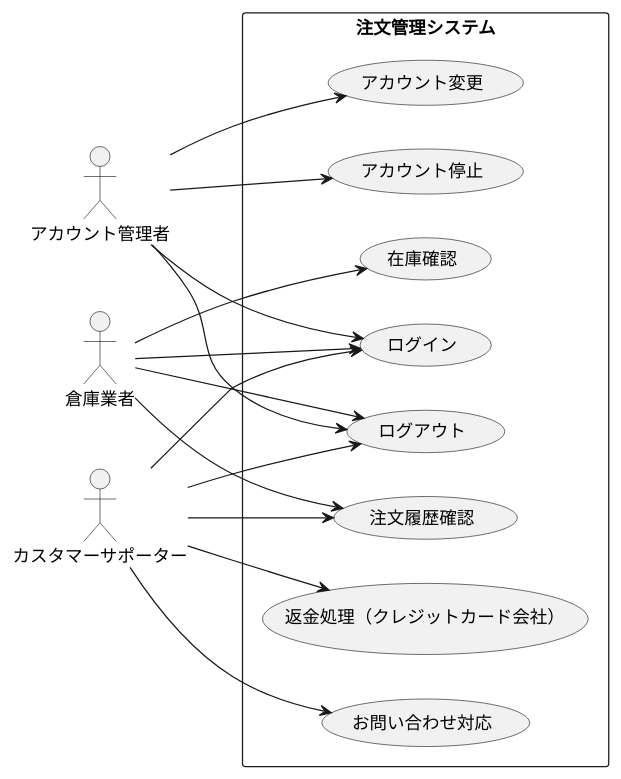
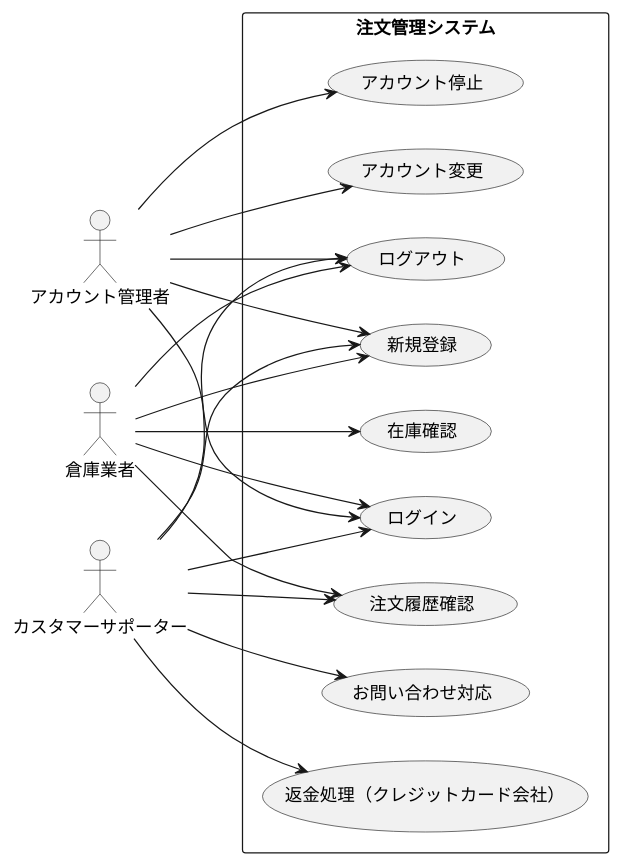
The diagram in group/3-3_総合演習1_BBショップ注文管理システム/ユースケース図/usecase_kanri.pu (ko246/ohara_uml), drawn with PlantUML before and after one commit. The commit also changed 2 other files, not shown here.

Commit message:
ドメインモデル図修正、ユースケース図修正

```diff
--- a/group/3-3_総合演習1_BBショップ注文管理システム/ユースケース図/usecase_kanri.pu
+++ b/group/3-3_総合演習1_BBショップ注文管理システム/ユースケース図/usecase_kanri.pu
@@ -1,39 +1,43 @@
 @startuml 注文管理システム
 left to right direction
 
 ' アクター定義
 actor アカウント管理者
 actor 倉庫業者
 actor カスタマーサポーター
 
 rectangle 注文管理システム {
   usecase "ログイン" as UC_Login
   usecase "ログアウト" as UC_Logout
+  usecase "新規登録" as UC_Register
   usecase "注文履歴確認" as UC_CheckHistory
   usecase "在庫確認" as UC_CheckStock
   usecase "返金処理（クレジットカード会社）" as UC_Refund
   usecase "お問い合わせ対応" as UC_HandleInquiry
   usecase "アカウント変更" as UC_UpdateAccount
   usecase "アカウント停止" as UC_DeleteAccount
 }
 
 ' システム管理者のユースケース
 アカウント管理者 --> UC_Login
 アカウント管理者 --> UC_Logout
+アカウント管理者 --> UC_Register
 アカウント管理者 --> UC_UpdateAccount
 アカウント管理者 --> UC_DeleteAccount
 
 ' カスタマーサポーターのユースケース
 カスタマーサポーター --> UC_Login
 カスタマーサポーター --> UC_Logout
+カスタマーサポーター --> UC_Register
 カスタマーサポーター --> UC_CheckHistory
 カスタマーサポーター --> UC_Refund
 カスタマーサポーター --> UC_HandleInquiry
 
 ' 配送業者のユースケース
 倉庫業者 --> UC_Login
 倉庫業者 --> UC_Logout
+倉庫業者 --> UC_Register
 倉庫業者 --> UC_CheckStock
 倉庫業者 --> UC_CheckHistory
 
 @enduml
```
